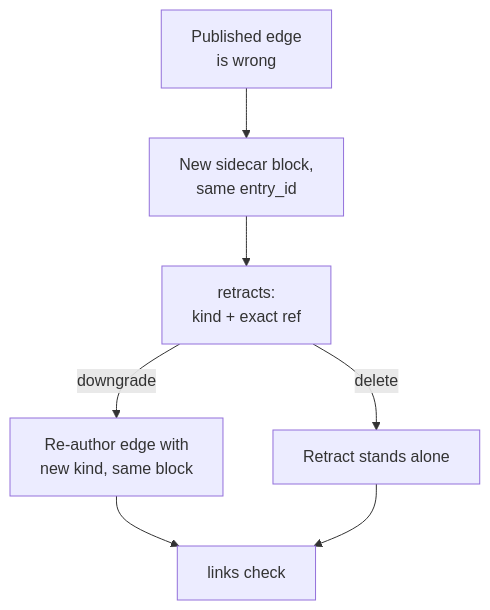
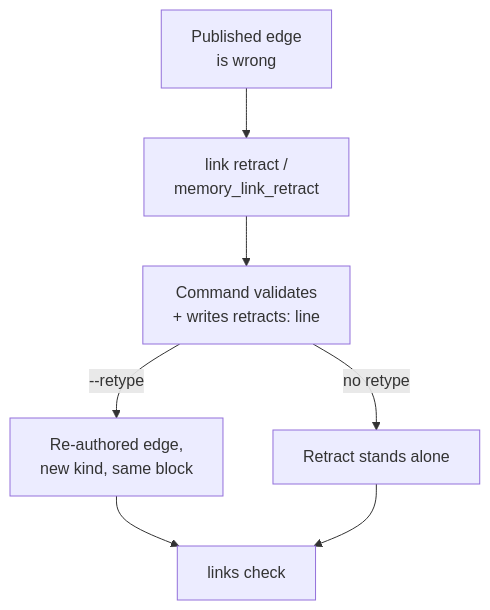
Before and after one commit to jnl-tshi/memory-seed: the fifth of 8 diagrams in docs/1_Inbox/agent-interaction-storylines-review.md, drawn with Mermaid. The commit also changed other lines of this file and 7 other files, not shown here.

````diff
--- a/docs/1_Inbox/agent-interaction-storylines-review.md
+++ b/docs/1_Inbox/agent-interaction-storylines-review.md
@@ -243,9 +251,9 @@
 ```mermaid
 flowchart TD
-    A["Published edge<br/>is wrong"] --> B["New sidecar block,<br/>same entry_id"]
-    B --> C["retracts:<br/>kind + exact ref"]
-    C -- downgrade --> E["Re-author edge with<br/>new kind, same block"]
-    C -- delete --> F["Retract stands alone"]
+    A["Published edge<br/>is wrong"] --> B["link retract /<br/>memory_link_retract"]
+    B --> C["Command validates<br/>+ writes retracts: line"]
+    C -- "--retype" --> E["Re-authored edge,<br/>new kind, same block"]
+    C -- "no retype" --> F["Retract stands alone"]
     E --> G["links check"]
     F --> G
 ```
````
